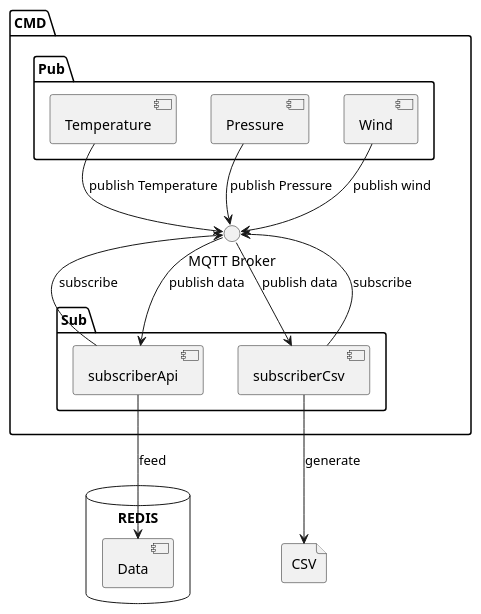
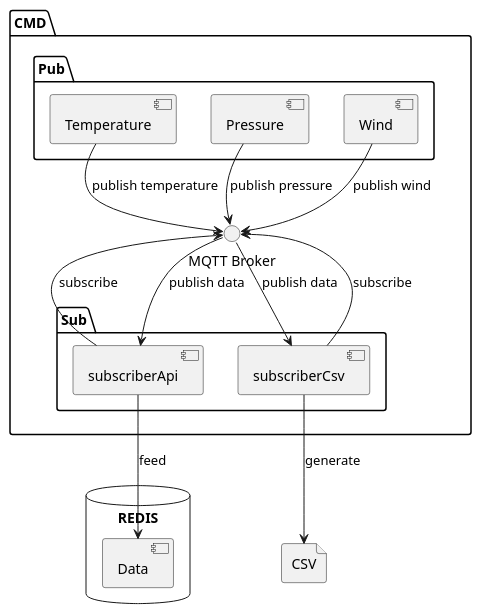
Before and after one commit to QuentinTournier40/GoProject: the diagram in architecture/ArchiPubSub.puml, drawn with PlantUML. The commit also changed 5 other files, not shown here.

```diff
--- a/architecture/ArchiPubSub.puml
+++ b/architecture/ArchiPubSub.puml
@@ -1,49 +1,49 @@
 @startuml
 
 package "CMD" {
     package "Pub" {
         [Wind]
         [Temperature]
         [Pressure]
 
 
     }
     package "Sub" {
         [subscriberApi]
         [subscriberCsv]
 
     }
     interface "MQTT Broker"
 }
 
 
 
 database "REDIS"{
     [Data]
 
 }
 
 file "CSV"
 
 
 
 [subscriberApi] -down-> [Data]: "feed"
 [subscriberCsv] -down-> "CSV": "generate"
 
 [subscriberApi] -up-> "MQTT Broker": "subscribe"
 
 [subscriberApi] <-up- "MQTT Broker" : "publish data"
 [subscriberCsv] <-up- "MQTT Broker": "publish data"
 [subscriberCsv] -up-> "MQTT Broker": "subscribe"
 "MQTT Broker" <-up- [Wind]: "publish wind"
-"MQTT Broker" <-up- [Pressure]: "publish Pressure"
-"MQTT Broker" <-up- [Temperature]: "publish Temperature"
+"MQTT Broker" <-up- [Pressure]: "publish pressure"
+"MQTT Broker" <-up- [Temperature]: "publish temperature"
 
 
 
 
 
 
 
 
 @enduml
```
